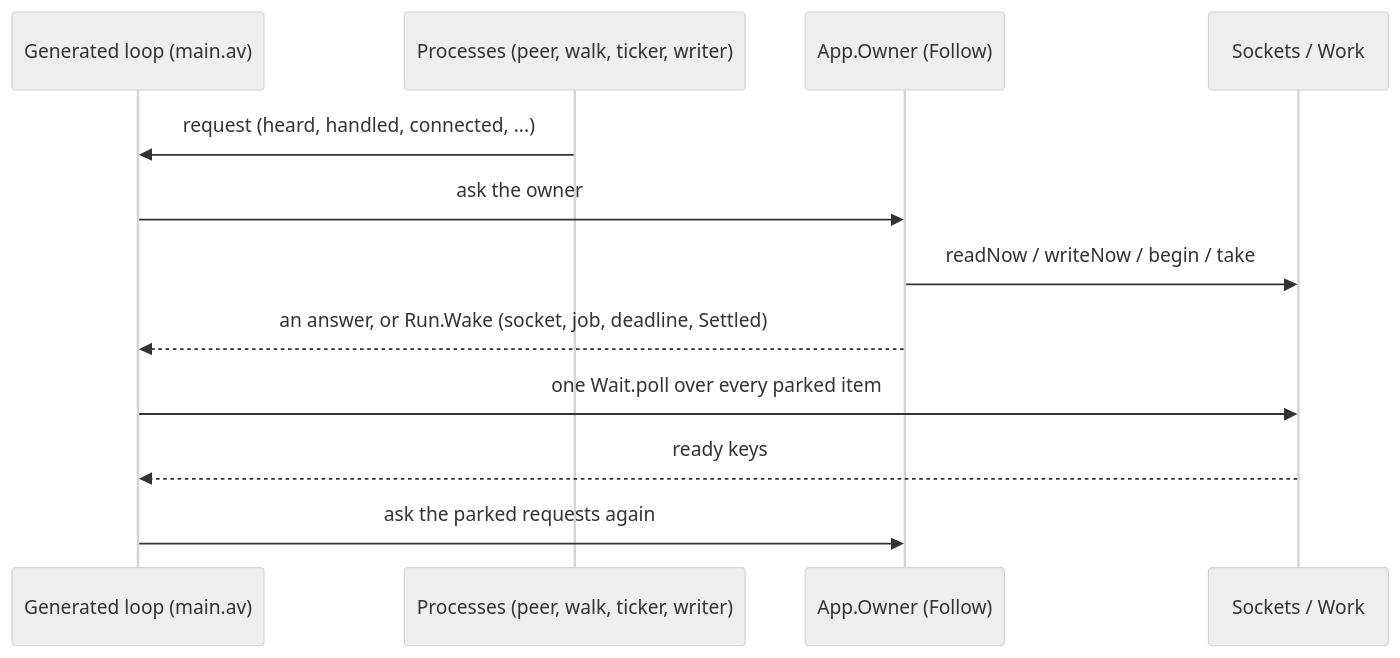
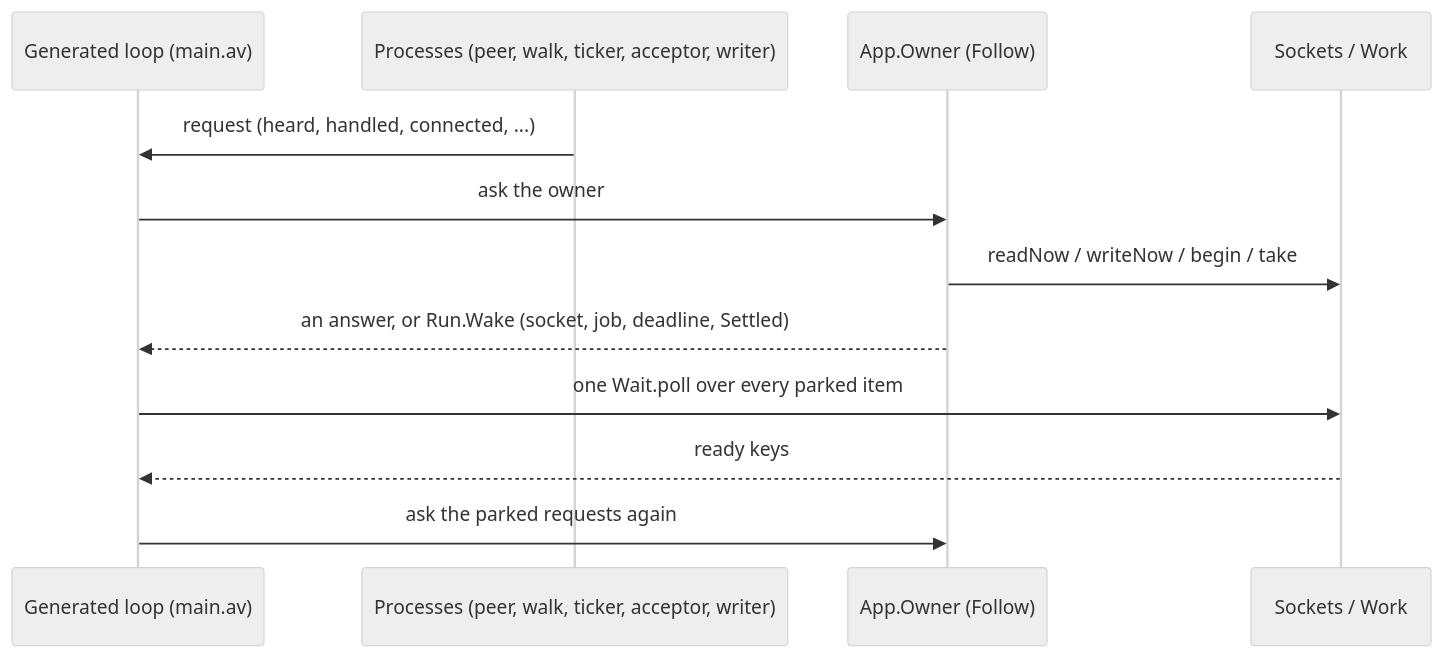
The third of 7 diagrams in docs/architecture.md (jasisz/btc-listener), drawn with Mermaid (neutral theme) before and after one commit. The commit also changed other lines of this file and 7 other files, not shown here.

````diff
--- a/docs/architecture.md
+++ b/docs/architecture.md
@@ -190,14 +190,14 @@
 ```mermaid
 sequenceDiagram
     participant L as Generated loop (main.av)
-    participant R as Processes (peer, walk, ticker, writer)
+    participant R as Processes (peer, walk, ticker, acceptor, writer)
     participant O as App.Owner (Follow)
     participant S as Sockets / Work
     R->>L: request (heard, handled, connected, ...)
     L->>O: ask the owner
     O->>S: readNow / writeNow / begin / take
     O-->>L: an answer, or Run.Wake (socket, job, deadline, Settled)
     L->>S: one Wait.poll over every parked item
     S-->>L: ready keys
     L->>O: ask the parked requests again
 ```
````
